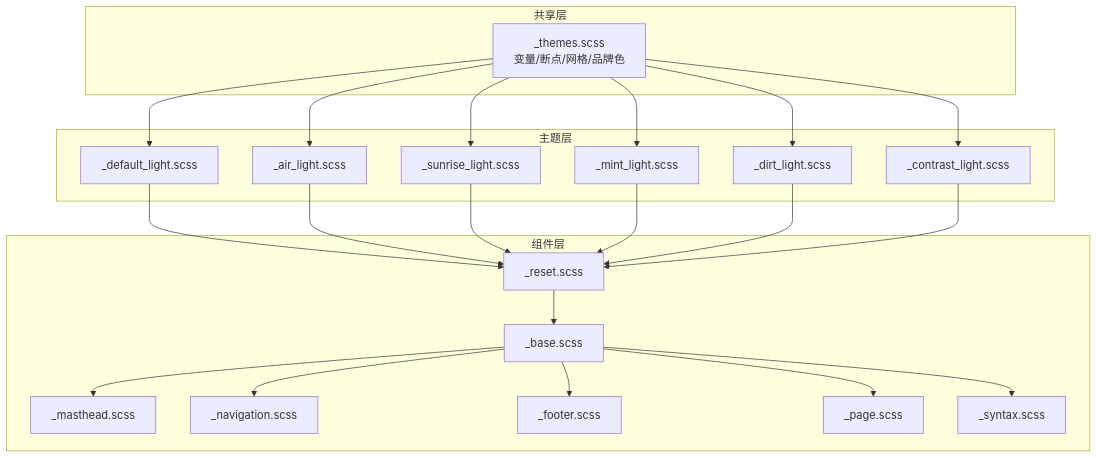
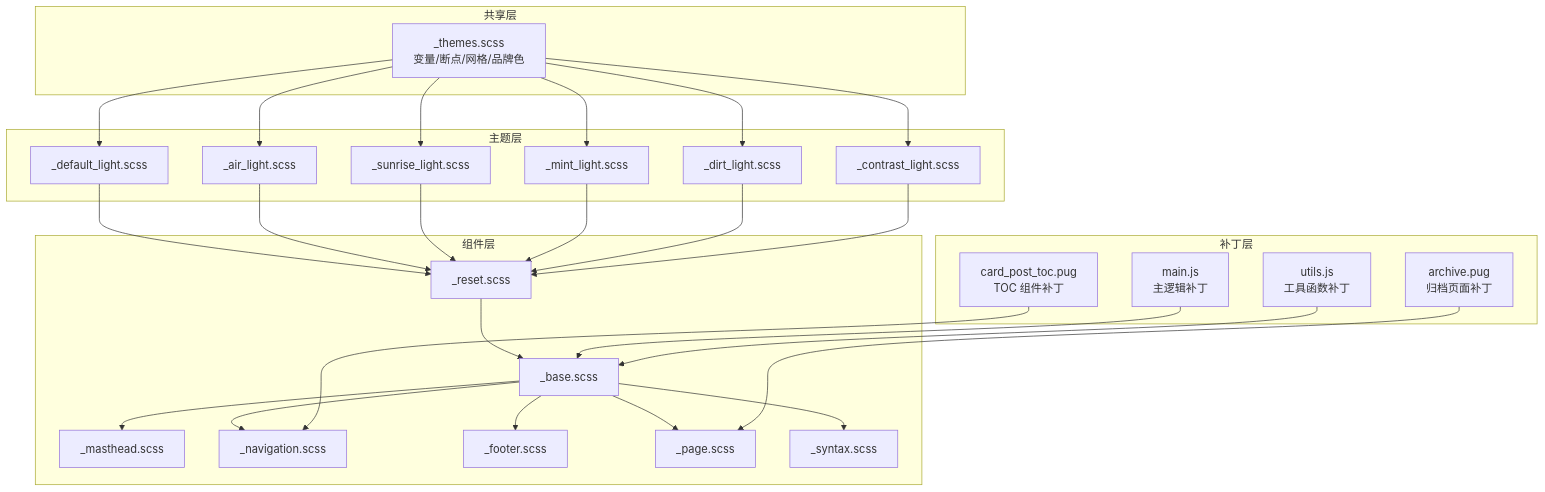
Before and after one commit to CoolPig0720/CoolPig0720.github.io: the second of 4 diagrams in .qoder/repowiki/zh/content/主题和样式系统/主题和样式系统.md, drawn with Mermaid. The commit also changed other lines of this file and 13 other files, not shown here.

````diff
--- a/.qoder/repowiki/zh/content/主题和样式系统/主题和样式系统.md
+++ b/.qoder/repowiki/zh/content/主题和样式系统/主题和样式系统.md
@@ -120,41 +98,51 @@
 ```mermaid
 graph TB
 subgraph "共享层"
 T["_themes.scss<br/>变量/断点/网格/品牌色"]
 end
 subgraph "主题层"
 DL["_default_light.scss"]
 AL["_air_light.scss"]
 SL["_sunrise_light.scss"]
 ML["_mint_light.scss"]
 DI["_dirt_light.scss"]
 CL["_contrast_light.scss"]
 end
 subgraph "组件层"
 R["_reset.scss"]
 B["_base.scss"]
 M["_masthead.scss"]
 N["_navigation.scss"]
 F["_footer.scss"]
 P["_page.scss"]
 S["_syntax.scss"]
 end
+subgraph "补丁层"
+AP["archive.pug<br/>归档页面补丁"]
+CT["card_post_toc.pug<br/>TOC 组件补丁"]
+MJ["main.js<br/>主逻辑补丁"]
+UJ["utils.js<br/>工具函数补丁"]
+end
 T --> DL
 T --> AL
 T --> SL
 T --> ML
 T --> DI
 T --> CL
 DL --> R
 AL --> R
 SL --> R
 ML --> R
 DI --> R
 CL --> R
 R --> B
 B --> M
 B --> N
 B --> F
 B --> P
 B --> S
+AP --> P
+CT --> N
+MJ --> B
+UJ --> B
 ```
````
